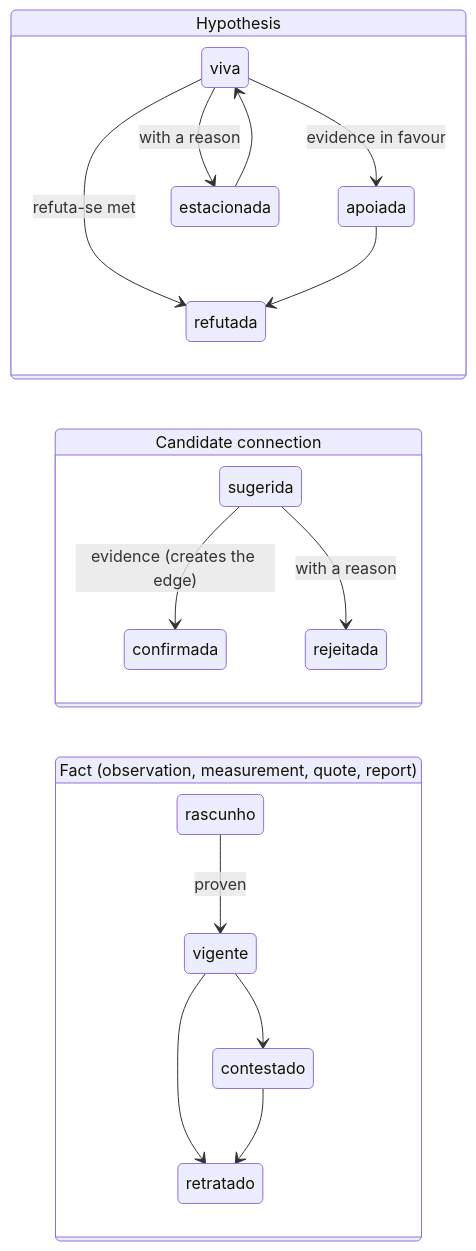
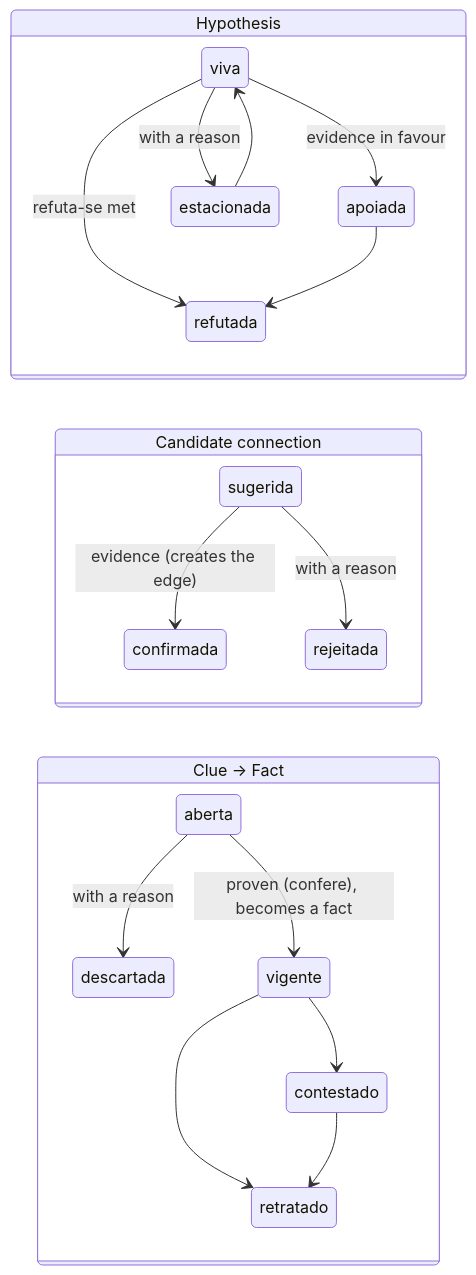
Before and after one commit to jhonymiler/holmes: the fourth of 6 diagrams in MODELO.md, drawn with Mermaid. The commit also changed other lines of this file and 16 other files, not shown here.

````diff
--- a/MODELO.md
+++ b/MODELO.md
@@ -221,21 +224,22 @@
 ```mermaid
 stateDiagram-v2
     direction LR
     state "Hypothesis" as Hip {
         viva --> apoiada: evidence in favour
         viva --> refutada: refuta-se met
         viva --> estacionada: with a reason
         apoiada --> refutada
         estacionada --> viva
     }
     state "Candidate connection" as Con {
         sugerida --> confirmada: evidence (creates the edge)
         sugerida --> rejeitada: with a reason
     }
-    state "Fact (observation, measurement, quote, report)" as Fat {
-        rascunho --> vigente: proven
+    state "Clue → Fact" as Fat {
+        aberta --> descartada: with a reason
+        aberta --> vigente: proven (confere), becomes a fact
         vigente --> contestado
         vigente --> retratado
         contestado --> retratado
     }
 ```
````
